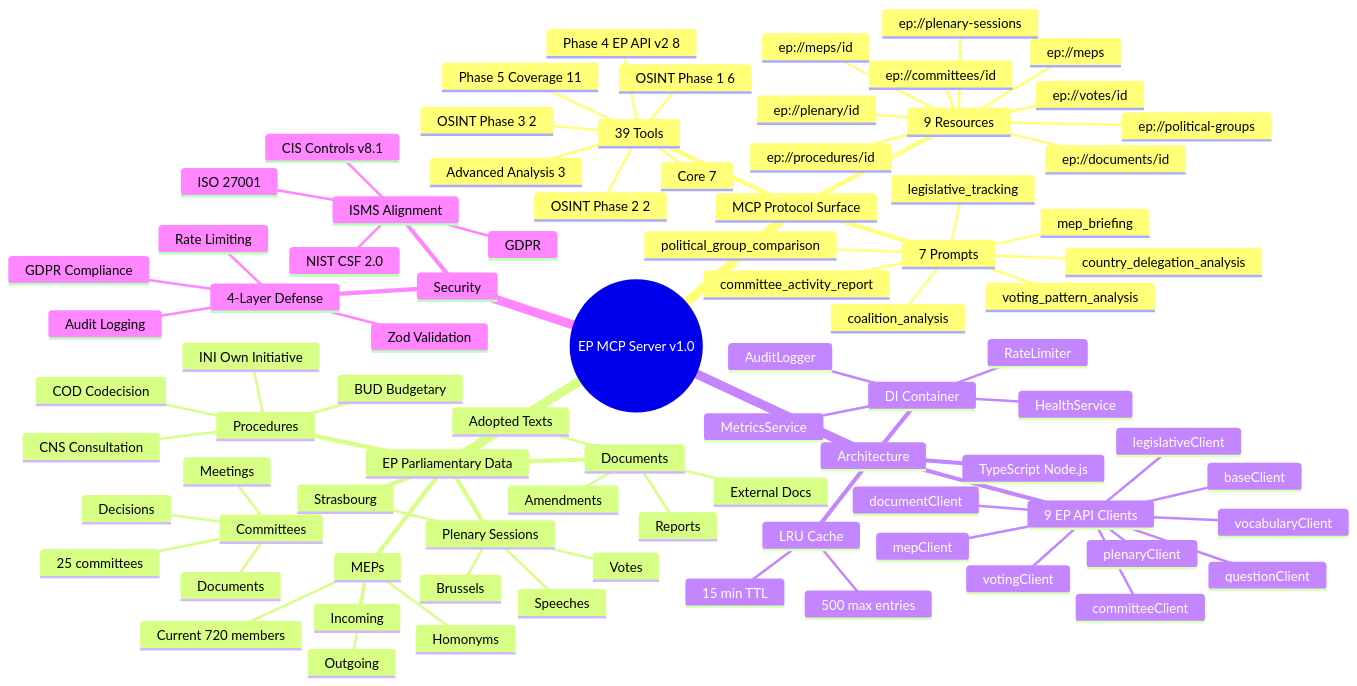
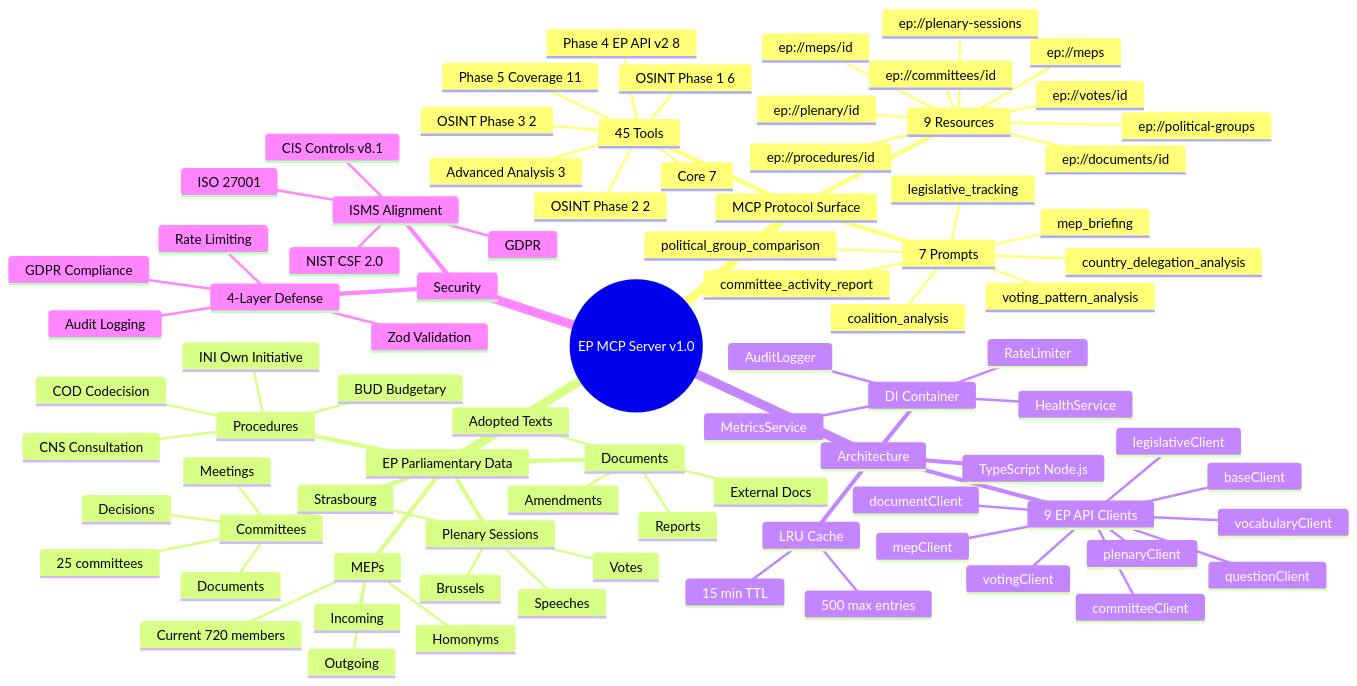
The first of 5 diagrams in MINDMAP.md (Hack23/European-Parliament-MCP-Server), drawn with Mermaid before and after one commit. The commit also changed other lines of this file and 35 other files, not shown here.

```diff
--- a/MINDMAP.md
+++ b/MINDMAP.md
@@ -54,7 +54,7 @@
 mindmap
   root((EP MCP Server v1.0))
     MCP Protocol Surface
-      39 Tools
+      45 Tools
         Core 7
         Advanced Analysis 3
         OSINT Phase 1 6
```
